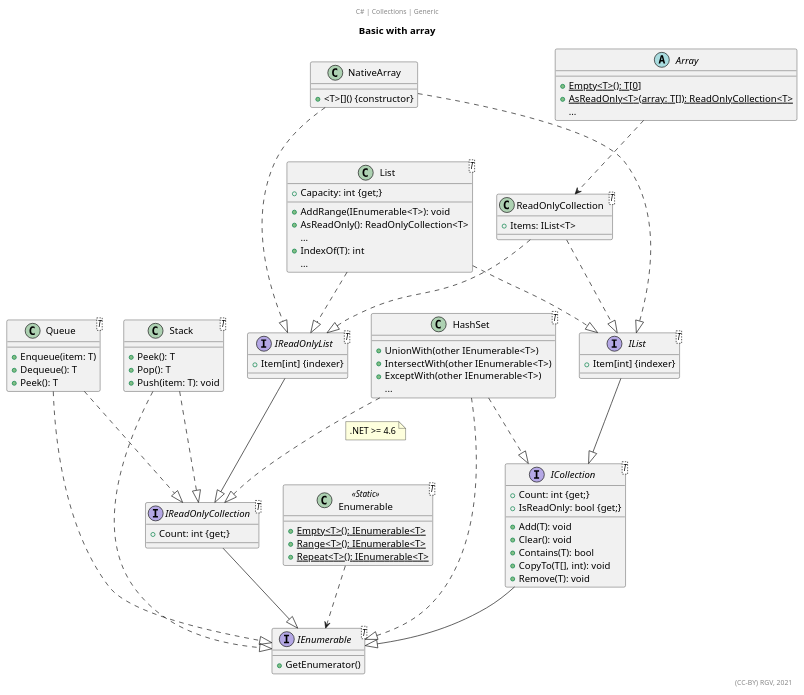
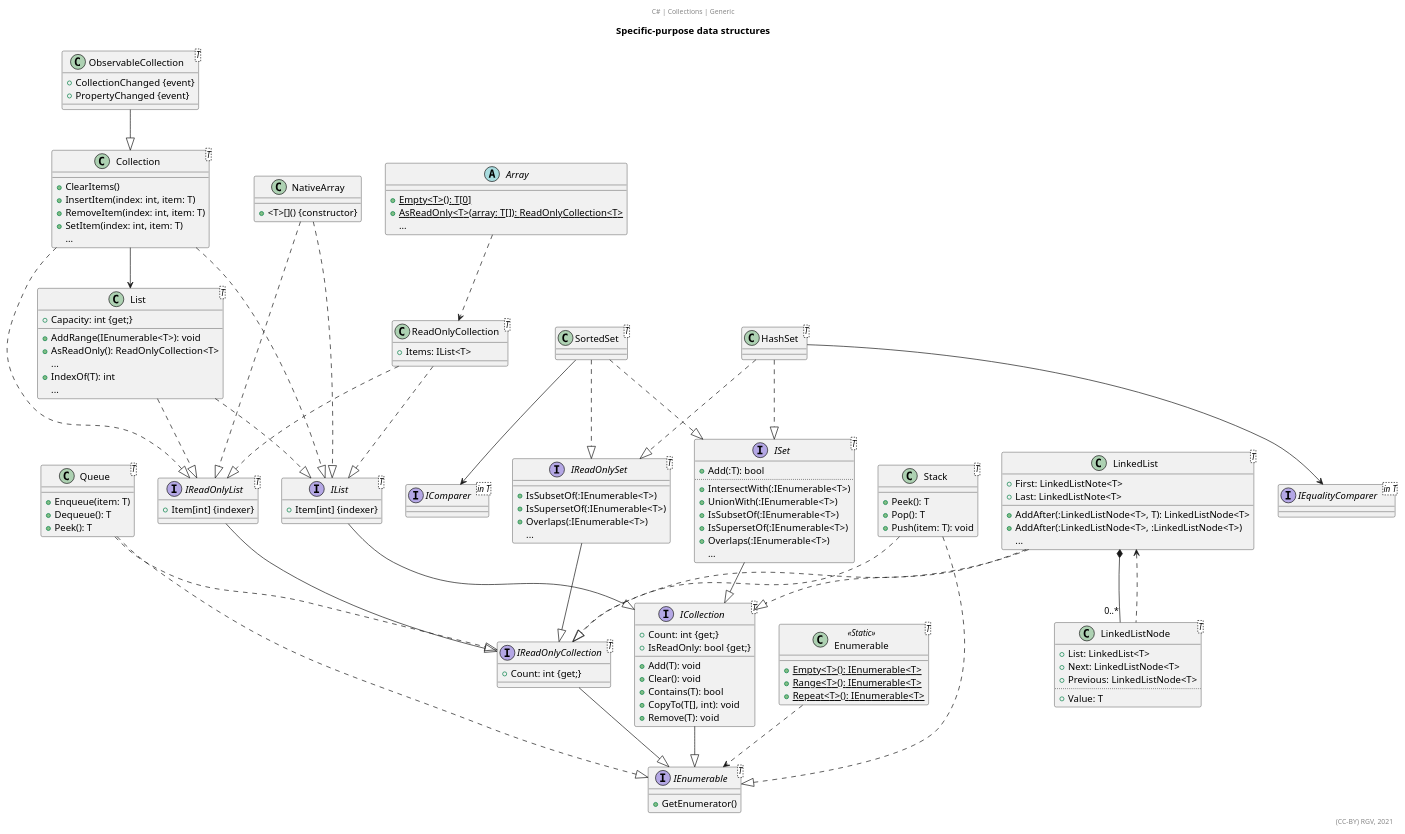
Before and after one commit to RicardoGuzmanVelasco/DomainModelling: the diagram in C#/Collections.puml, drawn with PlantUML. The commit also changed 2 other files, not shown here.

Commit message:
C# | Sets

```diff
--- a/C#/Collections.puml
+++ b/C#/Collections.puml
@@ -1,21 +1,14 @@
 @startuml
 'https://plantuml.com/class-diagram
-title Basic with array
+title Specific-purpose data structures
 center header C# | Collections | Generic
 '''''''''''''
-'TODO: DICTIONARIES ALL HIERARCHY
-'TODO: SETS ALL HIERARCHY
-'TODO: NON GENERICS!
+'''''''''''''
+'TODO: DICTIONARIES, ALL HIERARCHY
+'TODO: NON GENERICS! https://docs.microsoft.com/en-us/archive/blogs/kcwalina/system-collections-vs-system-collection-generic-and-system-collections-objectmodel
+'IENUMERATOR!!!
 
-class NativeArray
-{
-+<T>[]() {constructor}
-}
-
-class ReadOnlyCollection<T>
-{
-    +Items: IList<T>
-}
+''''''''''''' Common
 
 class List<T>
 {
@@ -26,42 +19,6 @@
     {method}...
     +IndexOf(T): int
     {method}...
-}
-
-abstract class Array
-{
-    +{static}Empty<T>(): T[0]
-    +{static}AsReadOnly<T>(array: T[]): ReadOnlyCollection<T>
-    {method}...  
-}
-
-class Stack<T>
-{
-    +Peek(): T
-    +Pop(): T
-    +Push(item: T): void
-}
-
-class Queue<T>
-{
-    +Enqueue(item: T)
-    +Dequeue(): T
-    +Peek(): T
-}
-
-class HashSet<T>
-{
-    +UnionWith(other IEnumerable<T>)
-    +IntersectWith(other IEnumerable<T>)
-    +ExceptWith(other IEnumerable<T>)
-    {method}...
-}
-
-class  Enumerable<T> <<Static>> 
-{
-    +{static}Empty<T>(): IEnumerable<T>
-    +{static}Range<T>(): IEnumerable<T>
-    +{static}Repeat<T>(): IEnumerable<T>
 }
 
 interface IList<T>
@@ -96,6 +53,112 @@
     +GetEnumerator()
 }
 
+interface IComparer<in T> 
+interface IEqualityComparer<in T> 
+
+''''''''''''' Sets
+
+interface IReadOnlySet<T> {
++IsSubsetOf(:IEnumerable<T>)
+    +IsSupersetOf(:IEnumerable<T>)
+    +Overlaps(:IEnumerable<T>)
+    {method}...
+}
+interface ISet<T> 
+{
+    +Add(:T): bool
+    ..
+    +IntersectWith(:IEnumerable<T>)
+    +UnionWith(:IEnumerable<T>)
+    +IsSubsetOf(:IEnumerable<T>)
+    +IsSupersetOf(:IEnumerable<T>)
+    +Overlaps(:IEnumerable<T>)
+    {method}...
+}
+
+class SortedSet<T> 
+
+
+class HashSet<T>
+
+
+''''''''''''' Dictionaries
+
+''''''''''''' Extensive
+
+class NativeArray
+{
++<T>[]() {constructor}
+}
+
+class ReadOnlyCollection<T>
+{
+    +Items: IList<T>
+}
+
+class Collection<T> 
+{
+    +ClearItems()
+    +InsertItem(index: int, item: T)
+    +RemoveItem(index: int, item: T)
+    +SetItem(index: int, item: T)
+    {method}...
+}
+
+class ObservableCollection<T> 
+{
+    +CollectionChanged {event}
+    +PropertyChanged {event}
+}
+
+class LinkedList<T> 
+{
+    +First: LinkedListNote<T>
+    +Last: LinkedListNote<T>
+    +AddAfter(:LinkedListNode<T>, T): LinkedListNode<T>
+    +AddAfter(:LinkedListNode<T>, :LinkedListNode<T>)
+    {method}...
+}
+class LinkedListNode<T> 
+{
+    +List: LinkedList<T>
+    +Next: LinkedListNode<T>
+    +Previous: LinkedListNode<T>
+    ..
+    +Value: T
+}
+
+abstract class Array
+{
+    +{static}Empty<T>(): T[0]
+    +{static}AsReadOnly<T>(array: T[]): ReadOnlyCollection<T>
+    {method}...  
+}
+
+class Stack<T>
+{
+    +Peek(): T
+    +Pop(): T
+    +Push(item: T): void
+}
+
+class Queue<T>
+{
+    +Enqueue(item: T)
+    +Dequeue(): T
+    +Peek(): T
+}
+
+class  Enumerable<T> <<Static>> 
+{
+    +{static}Empty<T>(): IEnumerable<T>
+    +{static}Range<T>(): IEnumerable<T>
+    +{static}Repeat<T>(): IEnumerable<T>
+}
+
+
+'''''''''''''
+'''''''''''''
 '''''''''''''
 
 ReadOnlyCollection ..|> IList
@@ -104,56 +167,51 @@
 List..|>IList
 List..|>IReadOnlyList
 
-remove NativeN
-note as NativeN
-This stands for
-common C# arrays:
-Example: int[] intArray;*
-end note
-NativeN .. NativeArray
+IList --|> ICollection
+ICollection --|> IEnumerable
 
-remove ArrayN
-note as ArrayN
-This stands for
-Array class, a class
-C# provides to deal with
-array-related operations.
-end note
-ArrayN .. Array
+IReadOnlyList--|>IReadOnlyCollection
+IReadOnlyCollection --|> IEnumerable
+Enumerable ..> IEnumerable
 
-remove ArraysN
-Note as ArraysN #gold
-These both types
-are NOT related!!!
-(hierarchically)
-end note
-ArraysN .. ArrayN
-ArraysN .u. NativeN
+'''''''''''''
+
+ISet --|> ICollection
+
+IReadOnlySet --|> IReadOnlyCollection
+
+SortedSet ..|> ISet
+SortedSet ..|> IReadOnlySet
+    SortedSet --> IComparer
+    
+HashSet ..|> ISet
+HashSet ..|> IReadOnlySet
+    HashSet --> IEqualityComparer
+
+'''''''''''''
 
 NativeArray ...|> IReadOnlyList
 NativeArray ...|> IList
 
 ReadOnlyCollection <.u. Array
-
-IReadOnlyList--|>IReadOnlyCollection
-
-IList --|> ICollection
-ICollection --|> IEnumerable
-
-IReadOnlyCollection --|> IEnumerable
-
-Enumerable ..> IEnumerable
-
+'
 Stack ..|> IEnumerable
 Stack ..|> IReadOnlyCollection
 
 Queue ..|> IEnumerable
 Queue ..|> IReadOnlyCollection
 
-HashSet ..|> ICollection
-HashSet ..|> IEnumerable
-HashSet ..|> IReadOnlyCollection
-note on link : .NET >= 4.6
+
+Collection ..|> IList 
+Collection ..|> IReadOnlyList
+Collection --> List
+
+ObservableCollection --|> Collection
+
+LinkedList ..|> ICollection
+LinkedList ..|> IReadOnlyCollection
+    LinkedList *-- "0..*" LinkedListNode
+    LinkedList <.. LinkedListNode
 
 '''''''''''''
 right footer (CC-BY) RGV, 2021
```
